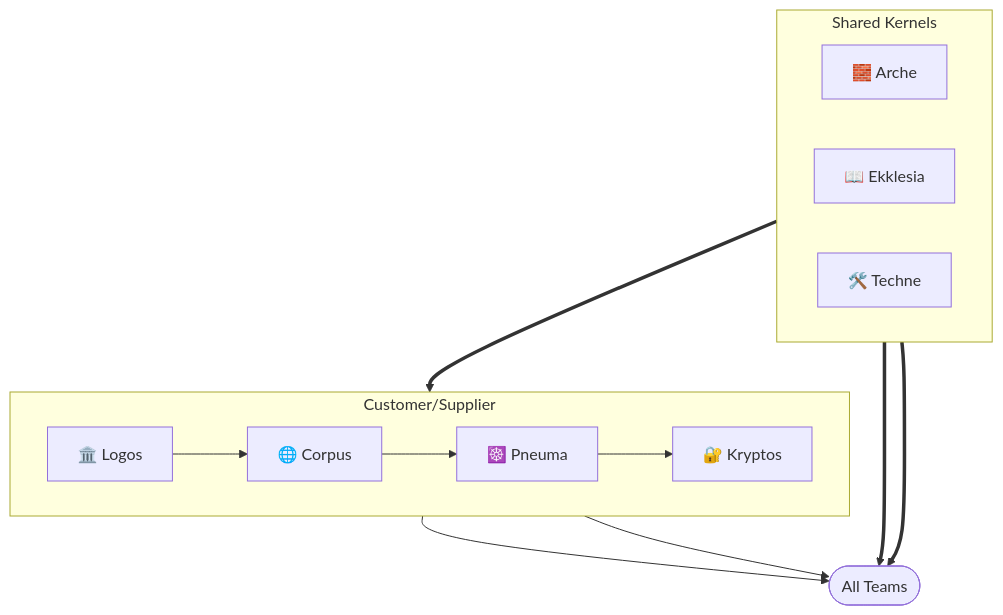
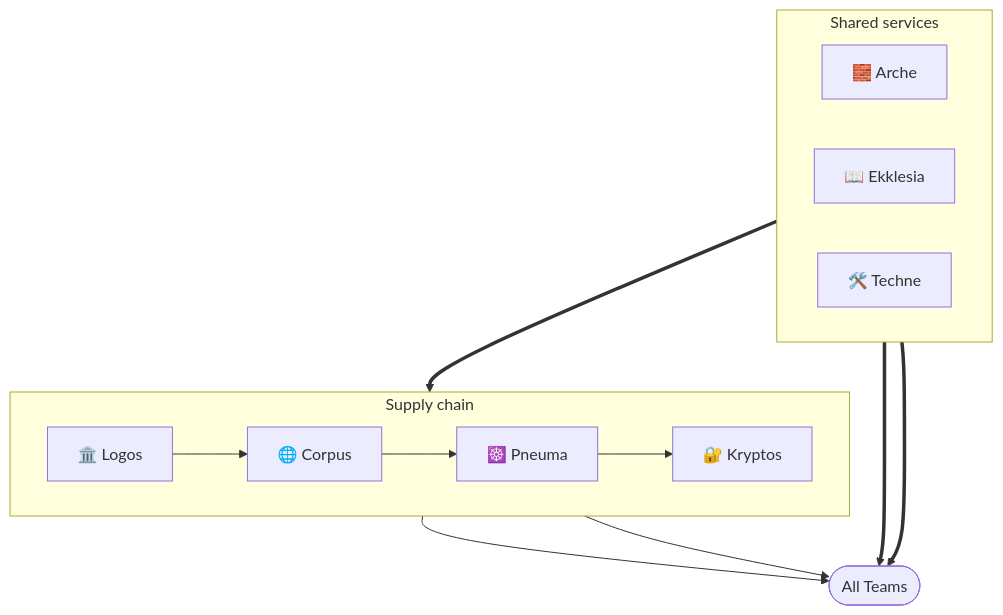
One commit to osinfra-io/pt-ekklesia-docs changed the diagram in docs/platform-grouping/index.md. Above: the diagram before and after it, drawn with Mermaid. The commit also changed other lines of this file, not shown here.

````diff
--- a/docs/platform-grouping/index.md
+++ b/docs/platform-grouping/index.md
@@ -47,24 +33,24 @@
 ```mermaid
 flowchart TD
     AllTeams(["All Teams"])
 
-    subgraph sk ["Shared Kernels"]
+    subgraph sk ["Shared services"]
         direction LR
         Arche["🧱 Arche"]
         Ekklesia["📖 Ekklesia"]
         Techne["🛠️ Techne"]
     end
 
-    subgraph cs ["Customer/Supplier"]
+    subgraph cs ["Supply chain"]
         direction LR
         Logos["🏛️ Logos"] --> Corpus["🌐 Corpus"]
         Corpus --> Pneuma["☸️ Pneuma"]
         Pneuma --> Kryptos["🔐 Kryptos"]
     end
 
     sk ==> cs
     Ekklesia ==> AllTeams
     Techne ==> AllTeams
     Pneuma --> AllTeams
     Kryptos --> AllTeams
 ```
````
